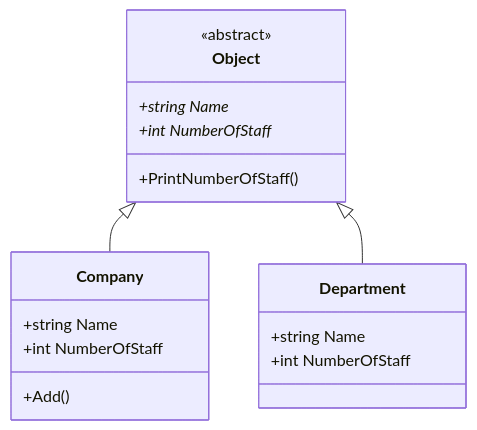
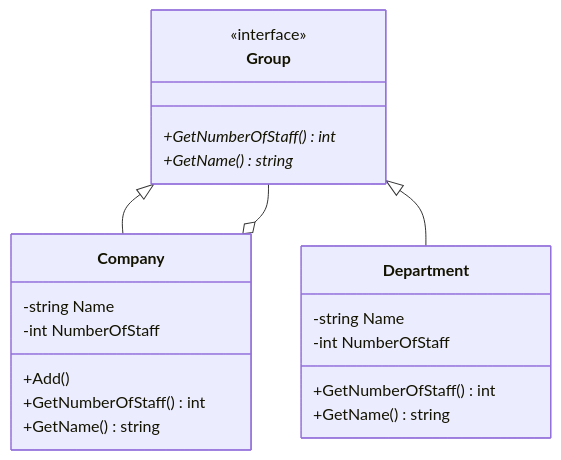
Before and after one commit to luuthoaiphat/DesignPattern: the third of 3 diagrams in StructurePatterns/Composite/README.md, drawn with Mermaid. The commit also changed other lines of this file, not shown here.

````diff
--- a/StructurePatterns/Composite/README.md
+++ b/StructurePatterns/Composite/README.md
@@ -21,20 +61,25 @@
 ```mermaid
 classDiagram
-Object <|-- Company
-Object <|-- Department
-class Object {
-		<<abstract>>
-		+string Name*
-        +int NumberOfStaff*
-        +PrintNumberOfStaff()
+Group <|-- Company
+Group <|-- Department
+Company o-- Group
+
+class Group {
+	<<interface>>
+	+GetNumberOfStaff()* int 
+	+GetName()* string
         }
 class Company {
-		+string Name
-        +int NumberOfStaff
+	-string Name
+        -int NumberOfStaff
         +Add()
+	+GetNumberOfStaff() int 
+	+GetName() string
         }
 class Department {
-		+string Name
-        +int NumberOfStaff
+	-string Name
+        -int NumberOfStaff
+	+GetNumberOfStaff() int 
+	+GetName() string
         }
 ```
````
